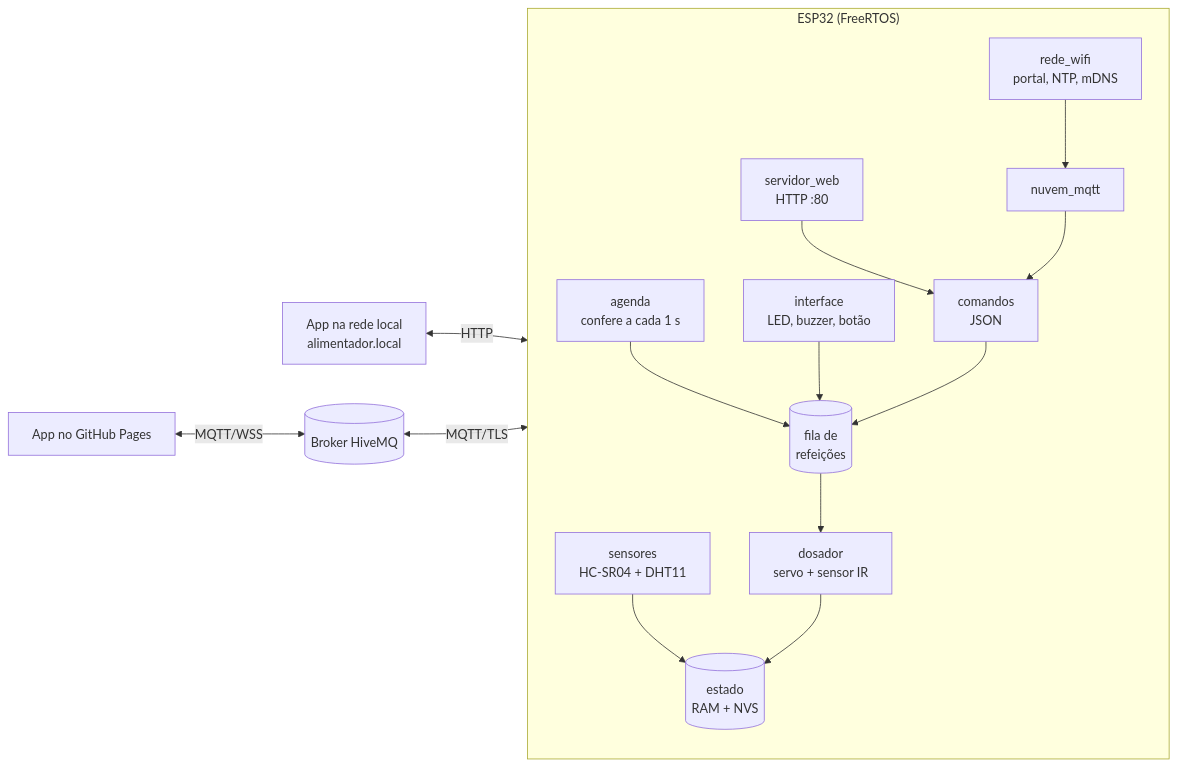
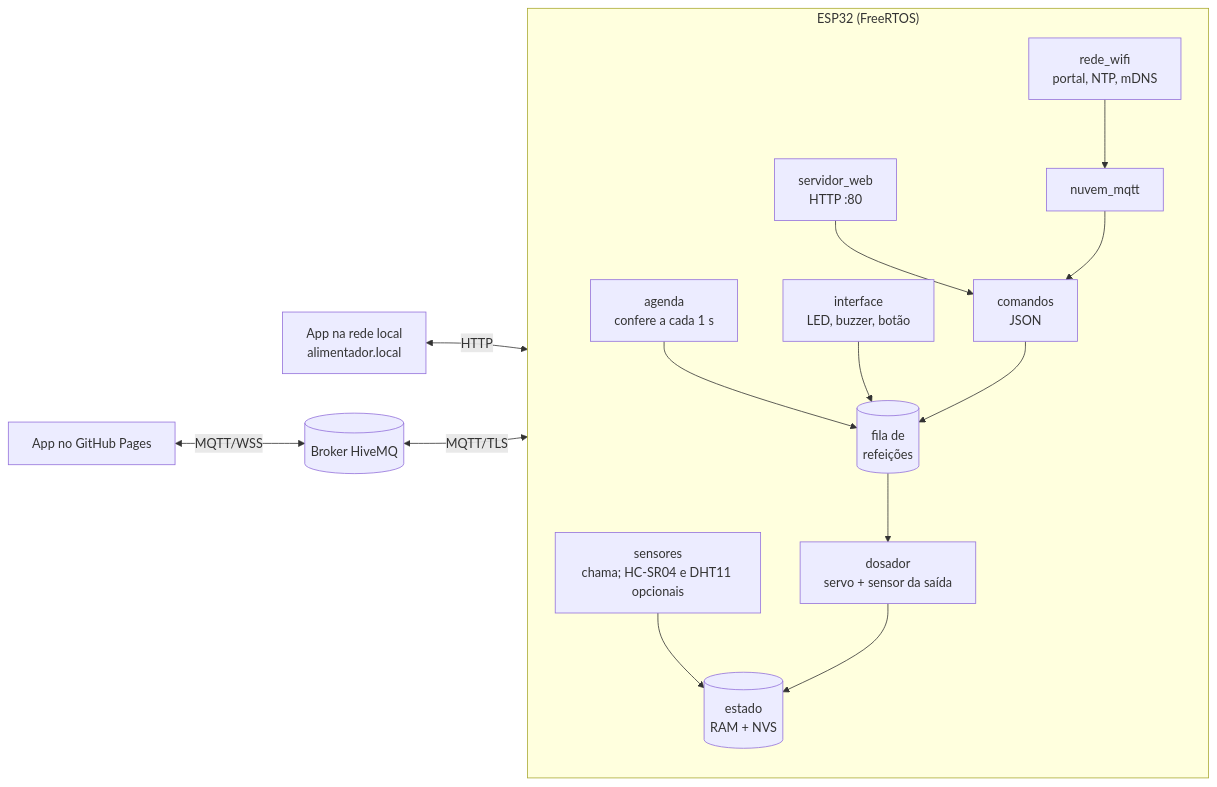
Before and after one commit to arthurlleite/lulu-alimentador: the diagram in firmware/README.md, drawn with Mermaid. The commit also changed other lines of this file and 1 other file, not shown here.

Commit message:
Ajusta firmware, referência comercial e montagem aos sensores atuais

````diff
--- a/firmware/README.md
+++ b/firmware/README.md
@@ -71,18 +72,18 @@
 ```mermaid
 flowchart LR
   subgraph ESP32["ESP32 (FreeRTOS)"]
     direction TB
     AG[agenda<br/>confere a cada 1 s] --> F[(fila de<br/>refeições)]
     IF[interface<br/>LED, buzzer, botão] --> F
     CMD[comandos<br/>JSON] --> F
-    F --> DOS[dosador<br/>servo + sensor IR]
-    SEN[sensores<br/>HC-SR04 + DHT11] --> EST[(estado<br/>RAM + NVS)]
+    F --> DOS[dosador<br/>servo + sensor da saída]
+    SEN[sensores<br/>chama; HC-SR04 e DHT11 opcionais] --> EST[(estado<br/>RAM + NVS)]
     DOS --> EST
     WEB[servidor_web<br/>HTTP :80] --> CMD
     MQ[nuvem_mqtt] --> CMD
     WIFI[rede_wifi<br/>portal, NTP, mDNS] --> MQ
   end
   APPL[App na rede local<br/>alimentador.local] <-->|HTTP| WEB
   APPR[App no GitHub Pages] <-->|MQTT/WSS| BROKER[(Broker HiveMQ)]
   BROKER <-->|MQTT/TLS| MQ
 ```
````
